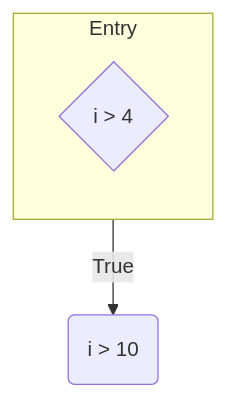
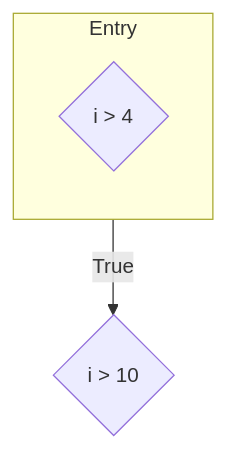
The seventh of 12 diagrams in src/content/docs/developers/fast-cfg.mdx (moosetechnology/moosetechnology.github.io), drawn with Mermaid before and after one commit. The commit also changed other lines of this file and 1 other file, not shown here.

Commit message:
Update graphs to be more explicit

````diff
--- a/src/content/docs/developers/fast-cfg.mdx
+++ b/src/content/docs/developers/fast-cfg.mdx
@@ -401,13 +407,12 @@
 ```mermaid
 flowchart TD
 	subgraph Entry
 		direction TB
-		72218624
+		1
 	end
 
-
-    72218624{"i > 4 "}
-	72218624 -- True --> 317195520
-	317195520("i > 10 ")
+	1{"i > 4 "}
+	2{"i > 10 "}
+	1 -- True --> 2
 	
 ```
````
